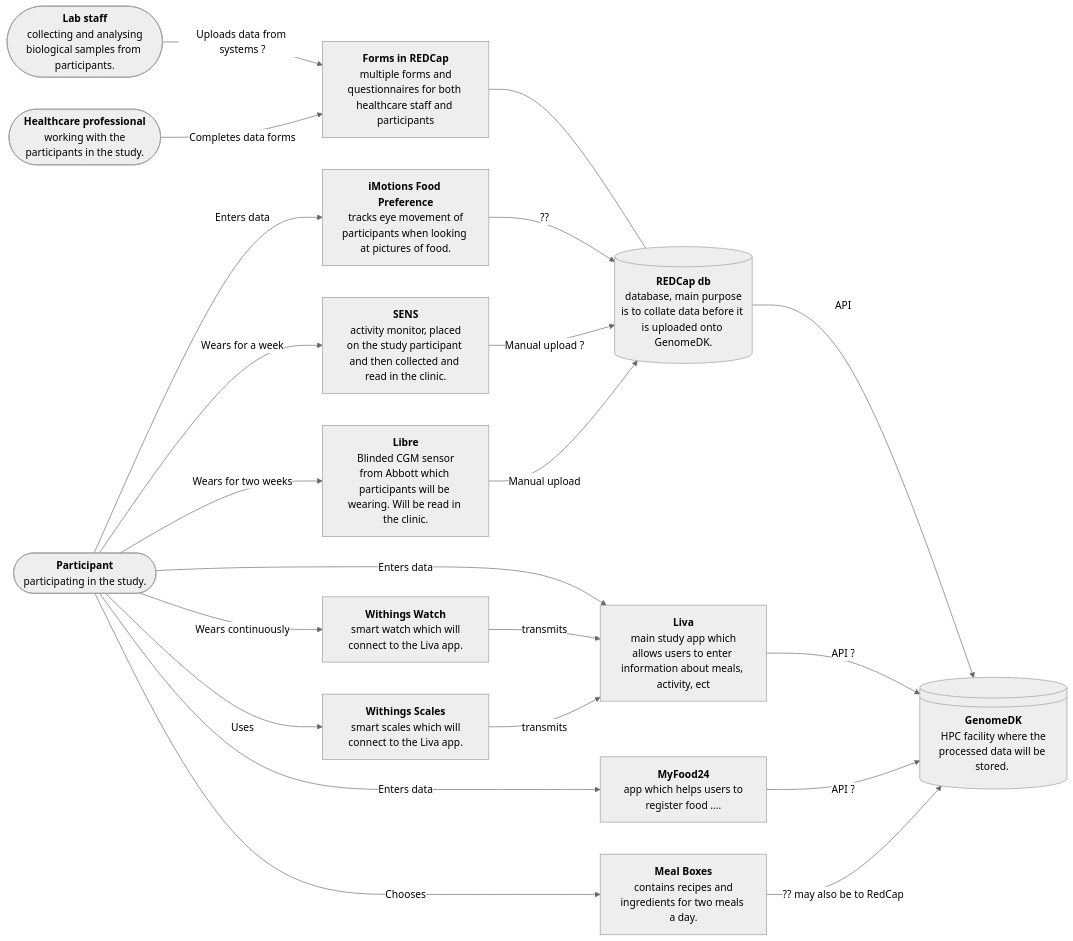
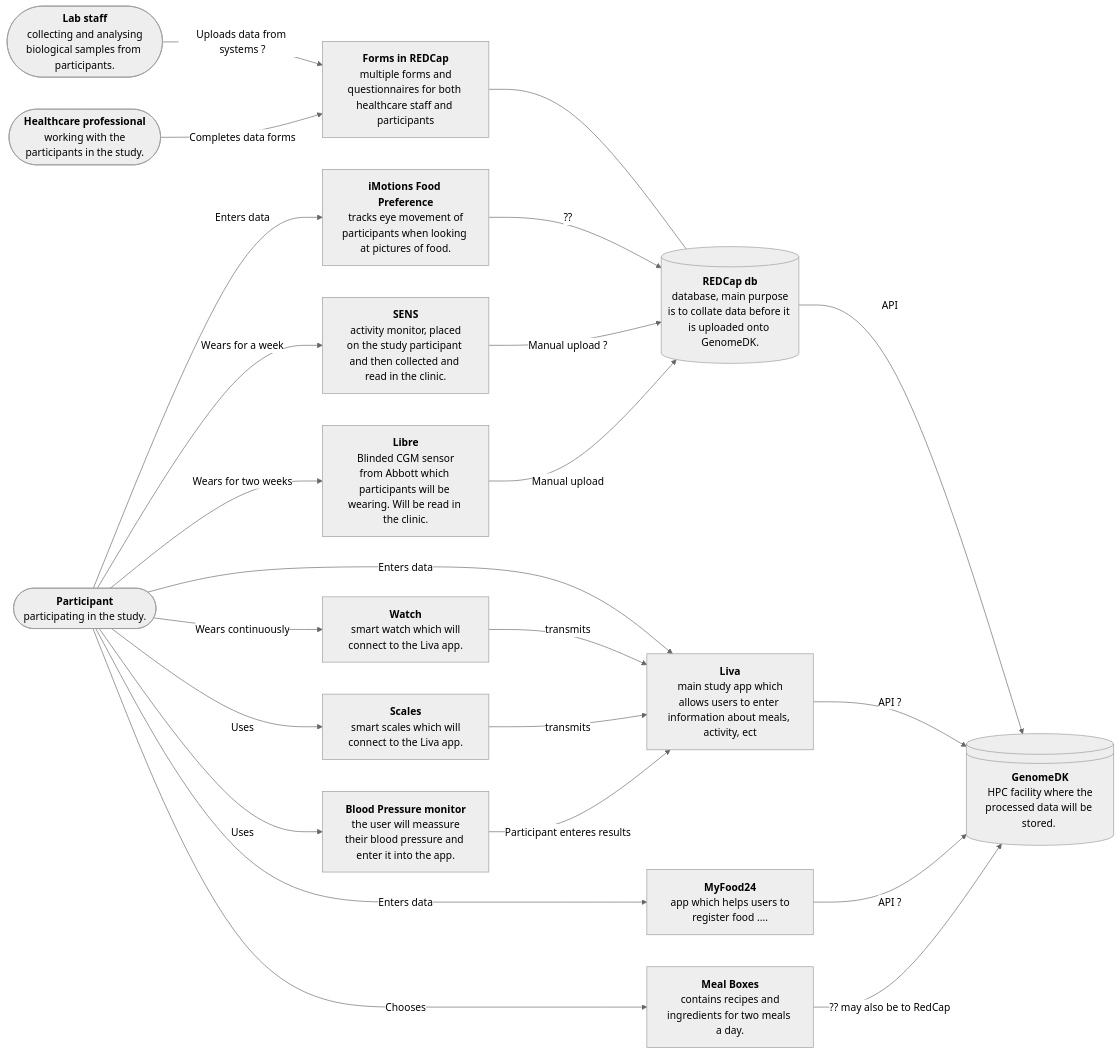
Before and after one commit to onlimit-study/dmp: the diagram in documents/data-flow.qmd, drawn with Mermaid (neutral theme). The commit also changed 1 other file, not shown here.

Commit message:
docs: update mermaid diagram with bp and update the png

````diff
--- a/documents/data-flow.qmd
+++ b/documents/data-flow.qmd
@@ -12,46 +12,49 @@
 ```{mermaid}
 %%| label: fig-c4-context
 %%| fig-cap: "Data flow in the ON LiMiT study, who generates data, where is does it enter, and how is it transmitted to storage."
 flowchart LR
 
 Lab@{shape: stadium, label: "<b>Lab staff</b><br> collecting and analysing biological samples from participants."}
 HP@{shape: stadium, label: "<b>Healthcare professional</b><br> working with the participants in the study."}
 Pt@{shape: stadium, label: "<b>Participant</b><br> participating in the study."}
 Red@{shape: cyl, label: "<b>REDCap db</b><br> database, main purpose is to collate data before it is uploaded onto GenomeDK."}
 Genome@{shape: lin-cyl, label: "<b>GenomeDK</b><br> HPC facility where the processed data will be stored. "}
 
 Forms@{shape: proc, label: "<b>Forms in REDCap</b><br> multiple forms and questionnaires for both healthcare staff and participants"}
 Mons@{shape: proc, label: "<b>Liva</b><br> main study app which allows users to enter information about meals, activity, ect"}
 MyF@{shape: proc, label: "<b>MyFood24</b><br> app which helps users to register food ...."}
 iMo@{shape: proc, label: "<b>iMotions Food Preference</b><br> tracks eye movement of participants when looking at pictures of food."}
 Sen@{shape: proc, label: "<b>SENS</b><br> activity monitor, placed on the study participant and then collected and read in the clinic."}
 Lib@{shape: proc, label: "<b>Libre</b><br> Blinded CGM sensor from Abbott which participants will be wearing. Will be read in the clinic."}
-Watch@{shape: proc, label: "<b>Withings Watch</b><br> smart watch which will connect to the Liva app."}
-Scales@{shape: proc, label: "<b>Withings Scales</b><br> smart scales which will connect to the Liva app."}
+Watch@{shape: proc, label: "<b>Watch</b><br> smart watch which will connect to the Liva app."}
+Scales@{shape: proc, label: "<b>Scales</b><br> smart scales which will connect to the Liva app."}
+BP@{shape: proc, label: "<b>Blood Pressure monitor</b><br> the user will meassure their blood pressure and enter it into the app."}
 MBox@{shape: proc, label: "<b>Meal Boxes</b><br> contains recipes and ingredients for two meals a day."}
 
 %%ID@{shape: proc, label: "<b>NAME</b><br> description ...."}
 
 Lab -->|Uploads data from systems ?| Forms
 HP --> |Completes data forms| Forms
 Forms --- Red
 Red -->|API| Genome
 
 Pt -->|Enters data| Mons
 Pt -->|Enters data| MyF
 Pt -->|Enters data| iMo
 Pt -->|Wears for a week| Sen
 Pt -->|Wears for two weeks| Lib
 Pt -->|Wears continuously| Watch
 Pt --> |Uses| Scales
+Pt --> |Uses|BP
 Pt --> |Chooses| MBox
 
 iMo --> |??| Red
 Sen -->|Manual upload ?| Red
 Lib -->|Manual upload| Red
 Watch -->|transmits| Mons
 Scales -->|transmits| Mons
+BP -->|Participant enteres results| Mons
 Mons --> |API ?| Genome
 MyF --> |API ?| Genome
 MBox --> |?? may also be to RedCap| Genome
 ```
````
